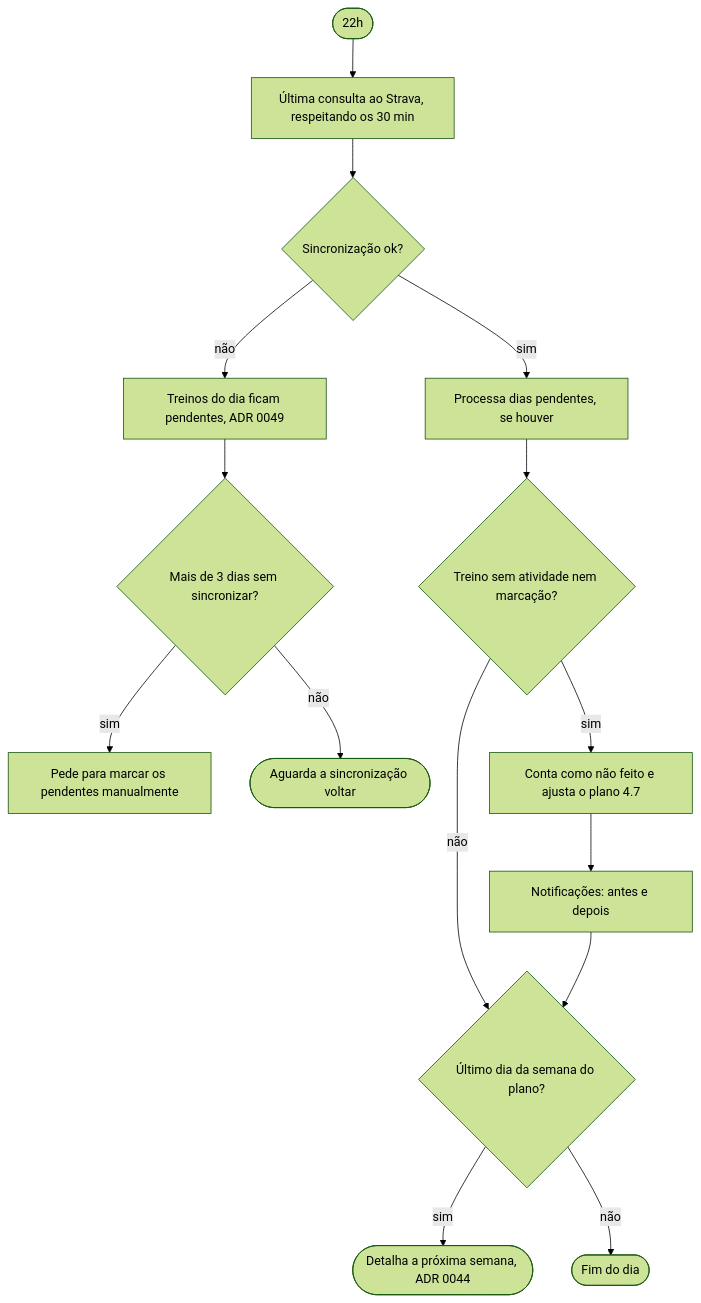
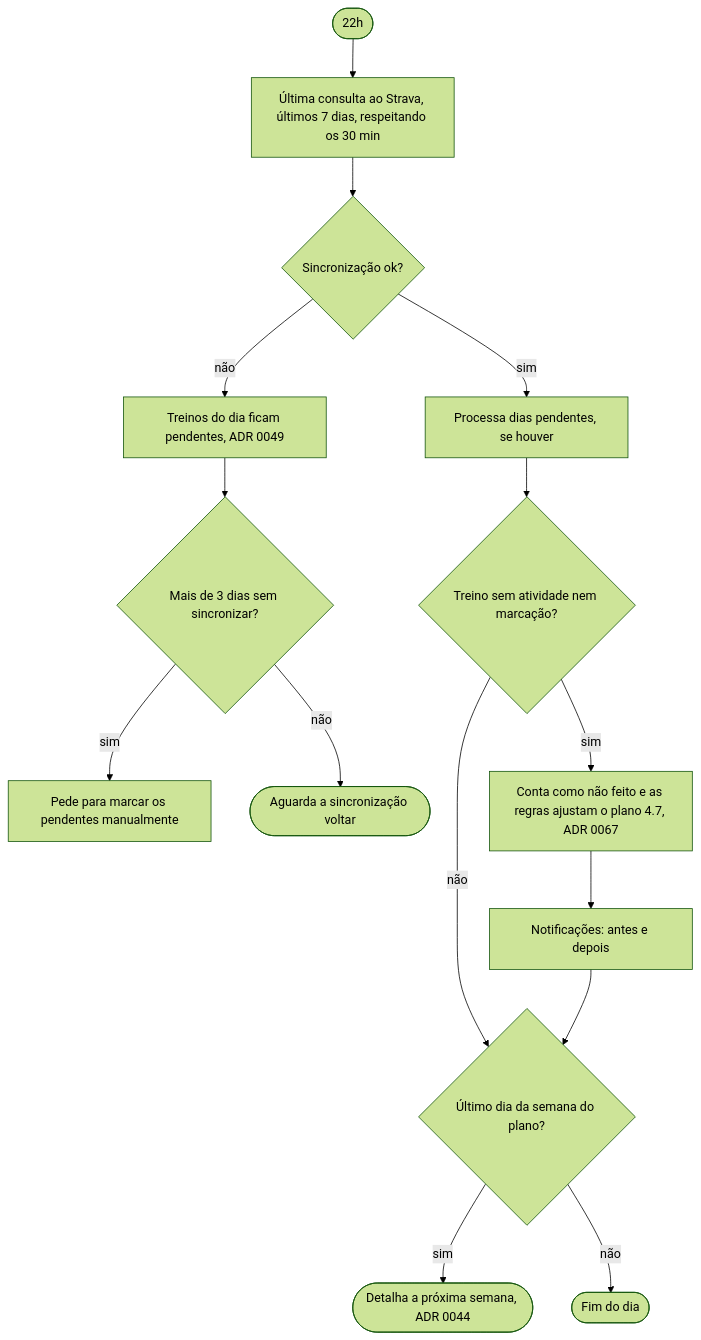
Before and after one commit to cruzvini/app-corrida: the sixth of 11 diagrams in docs/fluxos.md, drawn with Mermaid (forest theme). The commit also changed other lines of this file and 2 other files, not shown here.

First line of the commit message:
docs: atualiza os fluxos das jornadas 1, 2, 4 e 6 com o Strava

````diff
--- a/docs/fluxos.md
+++ b/docs/fluxos.md
@@ -155,17 +164,17 @@
 ```mermaid
 flowchart TD
-  A([22h]) --> B[Última consulta ao Strava, respeitando os 30 min]
+  A([22h]) --> B[Última consulta ao Strava, últimos 7 dias, respeitando os 30 min]
   B --> C{Sincronização ok?}
   C -- não --> P[Treinos do dia ficam pendentes, ADR 0049]
   P --> P1{Mais de 3 dias sem sincronizar?}
   P1 -- sim --> P2[Pede para marcar os pendentes manualmente]
   P1 -- não --> FIM([Aguarda a sincronização voltar])
   C -- sim --> D[Processa dias pendentes, se houver]
   D --> E{Treino sem atividade nem marcação?}
-  E -- sim --> F[Conta como não feito e ajusta o plano 4.7]
+  E -- sim --> F[Conta como não feito e as regras ajustam o plano 4.7, ADR 0067]
   F --> N[Notificações: antes e depois]
   E -- não --> G
   N --> G{Último dia da semana do plano?}
   G -- sim --> H([Detalha a próxima semana, ADR 0044])
   G -- não --> FIM2([Fim do dia])
 ```
````
